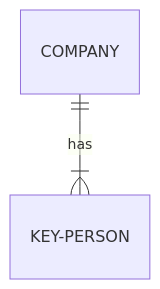
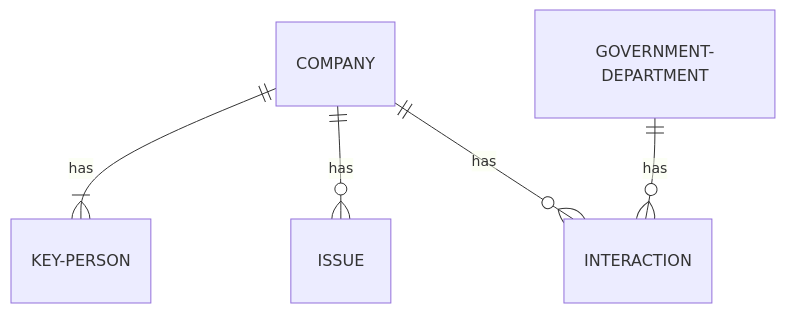
The diagram in entity_diagram.md (uktrade/strategic-companies-list), drawn with Mermaid before and after one commit.

Commit message:
adding some entities and relationships

````diff
--- a/entity_diagram.md
+++ b/entity_diagram.md
@@ -1,4 +1,7 @@
 ```mermaid
 erDiagram
     COMPANY ||--|{ KEY-PERSON: has
+    COMPANY ||--o{ ISSUE: has
+    COMPANY ||--o{ INTERACTION: has
+    GOVERNMENT-DEPARTMENT ||--o{ INTERACTION: has
 ```
````
